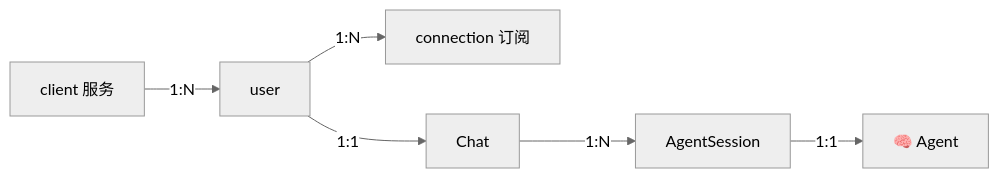
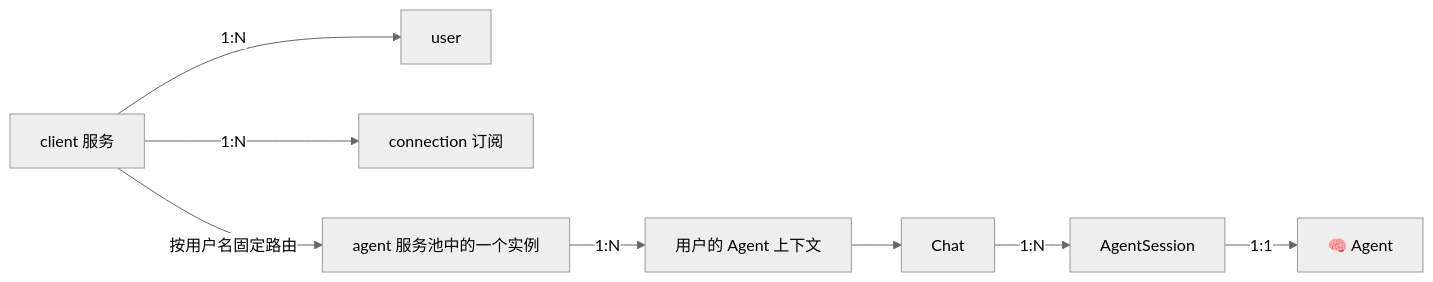
Before and after one commit to dingdalong/skynet_agent: the first of 2 diagrams in docs/architecture/AGENT_GATEWAY.md, drawn with Mermaid (neutral theme). The commit also changed other lines of this file and 53 other files, not shown here.

````diff
--- a/docs/architecture/AGENT_GATEWAY.md
+++ b/docs/architecture/AGENT_GATEWAY.md
@@ -26,8 +28,10 @@
 ```mermaid
 flowchart LR
     C["client 服务"] -->|"1:N"| U["user"]
-    U -->|"1:N"| N["connection 订阅"]
-    U -->|"1:1"| H["Chat"]
+    C -->|"1:N"| N["connection 订阅"]
+    C -->|"按用户名固定路由"| P["agent 服务池中的一个实例"]
+    P -->|"1:N"| B["用户的 Agent 上下文"]
+    B --> H["Chat"]
     H -->|"1:N"| S["AgentSession"]
     S -->|"1:1"| A["🧠 Agent"]
 ```
````
